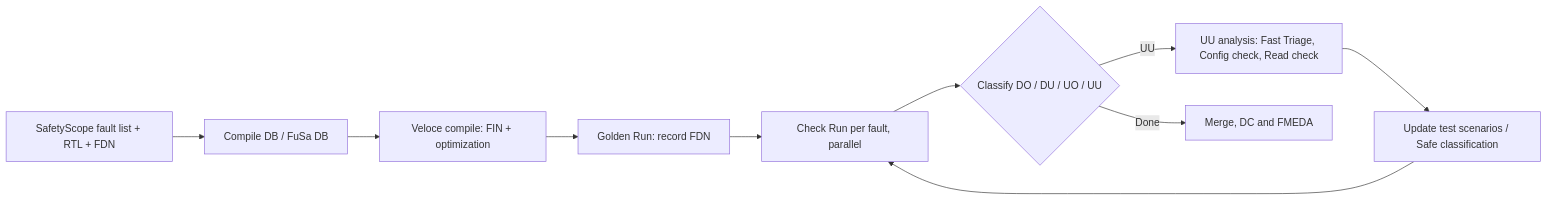
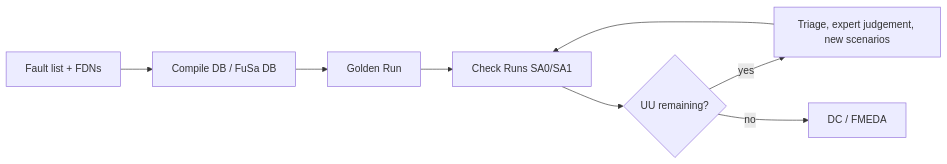
Before and after one commit to nemo99007/yt-paper: the diagram in docs/papers/ref-20261018-fef8-functional-safety-workflow-of-internal-ip-npu-within-large-a.md, drawn with Mermaid. The commit also changed other lines of this file and 172 other files, not shown here.

````diff
--- a/docs/papers/ref-20261018-fef8-functional-safety-workflow-of-internal-ip-npu-within-large-a.md
+++ b/docs/papers/ref-20261018-fef8-functional-safety-workflow-of-internal-ip-npu-within-large-a.md
@@ -212,12 +212,10 @@
 ```mermaid
 flowchart LR
-  A[SafetyScope fault list + RTL + FDN] --> B[Compile DB / FuSa DB]
-  B --> C[Veloce compile: FIN + optimization]
-  C --> D[Golden Run: record FDN]
-  D --> E[Check Run per fault, parallel]
-  E --> F{Classify DO / DU / UO / UU}
-  F -->|UU| G[UU analysis: Fast Triage, Config check, Read check]
-  G --> H[Update test scenarios / Safe classification]
-  H --> E
-  F -->|Done| I[Merge, DC and FMEDA]
+  A[Fault list + FDNs] --> B[Compile DB / FuSa DB]
+  B --> C[Golden Run]
+  C --> D[Check Runs SA0/SA1]
+  D --> E{UU remaining?}
+  E -- yes --> F[Triage, expert judgement, new scenarios]
+  F --> D
+  E -- no --> G[DC / FMEDA]
 ```
````
